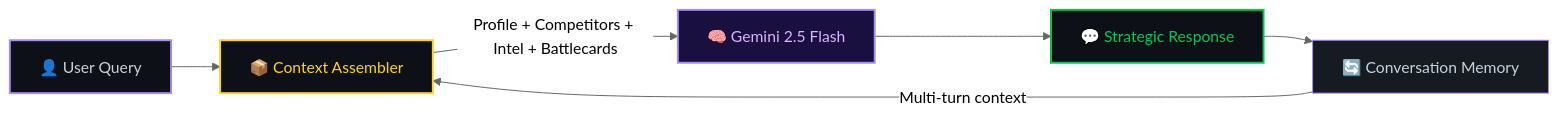
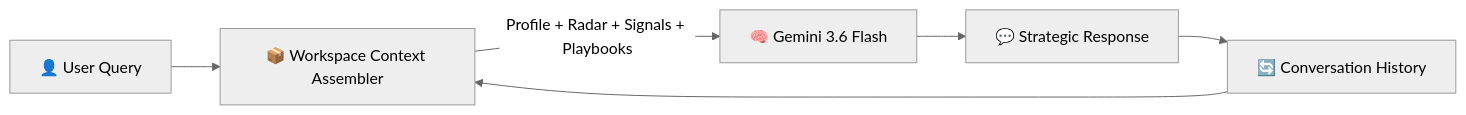
One commit to NitheshK4/MIRA changed the second of 2 diagrams in README.md. Above: the diagram before and after it, drawn with Mermaid (neutral theme). The commit also changed other lines of this file, not shown here.

Commit message:
docs: Update README.md with Gemini 3.6 Flash engine, BattleGuard Defense Center, and multi-model selector

````diff
--- a/README.md
+++ b/README.md
@@ -510,14 +379,8 @@
 ```mermaid
 graph LR
-    USER["👤 User Query"] --> CTX["📦 Context Assembler"]
-    CTX --> |"Profile + Competitors + Intel + Battlecards"| LLM["🧠 Gemini 2.5 Flash"]
+    USER["👤 User Query"] --> CTX["📦 Workspace Context Assembler"]
+    CTX --> |"Profile + Radar + Signals + Playbooks"| LLM["🧠 Gemini 3.6 Flash"]
     LLM --> RESP["💬 Strategic Response"]
-    RESP --> CONV["🔄 Conversation Memory"]
-    CONV --> |"Multi-turn context"| CTX
-
-    style USER fill:#0d1117,stroke:#A78BFA,stroke-width:2px,color:#c9d1d9
-    style CTX fill:#0d1117,stroke:#FFD21E,stroke-width:2px,color:#FFD21E
-    style LLM fill:#1a1040,stroke:#A78BFA,stroke-width:2px,color:#d8b4fe
-    style RESP fill:#0d1117,stroke:#00C853,stroke-width:2px,color:#00C853
-    style CONV fill:#161b22,stroke:#A78BFA,stroke-width:1px,color:#c9d1d9
+    RESP --> CONV["🔄 Conversation History"]
+    CONV --> CTX
 ```
````
